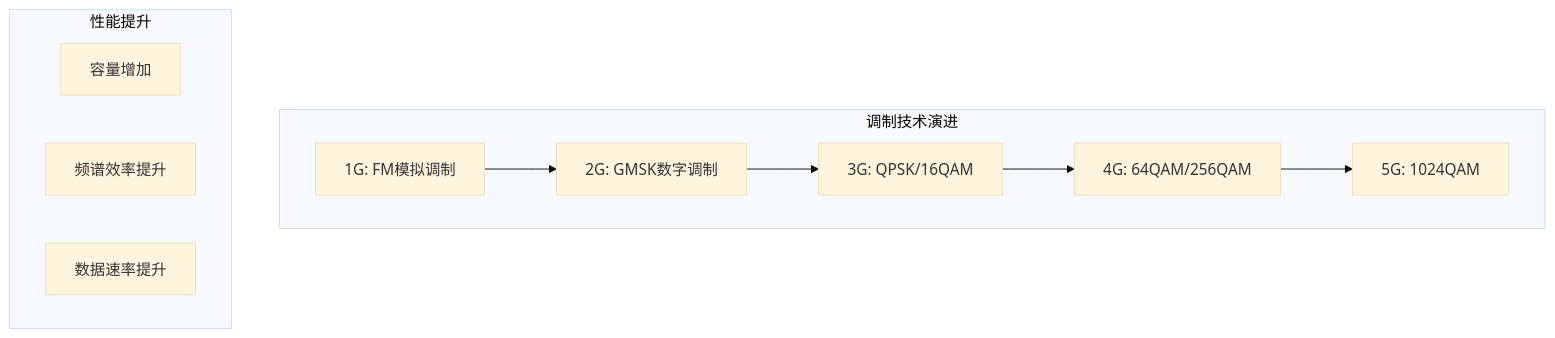
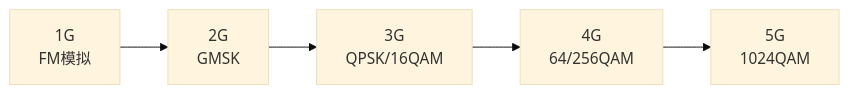
The sixth of 12 diagrams in 计算机网络/7.4无线网络：蜂窝网络.md (Dtheme/CS-base), drawn with Mermaid (base theme) before and after one commit. The commit also changed other lines of this file and 51 other files, not shown here.

````diff
--- a/计算机网络/7.4无线网络：蜂窝网络.md
+++ b/计算机网络/7.4无线网络：蜂窝网络.md
@@ -469,21 +476,7 @@
 ```mermaid
-graph TB
-    subgraph "调制技术演进"
-        G1["1G: FM模拟调制"]
-        G2["2G: GMSK数字调制"]
-        G3["3G: QPSK/16QAM"]
-        G4["4G: 64QAM/256QAM"]
-        G5["5G: 1024QAM"]
-        
-        G1 --> G2
-        G2 --> G3
-        G3 --> G4
-        G4 --> G5
-    end
-    
-    subgraph "性能提升"
-        Capacity["容量增加"]
-        Efficiency["频谱效率提升"]
-        Speed["数据速率提升"]
-    end
+graph LR
+    G1["1G<br/>FM模拟"] --> G2["2G<br/>GMSK"]
+    G2 --> G3["3G<br/>QPSK/16QAM"]
+    G3 --> G4["4G<br/>64/256QAM"]
+    G4 --> G5["5G<br/>1024QAM"]
 ```
````
